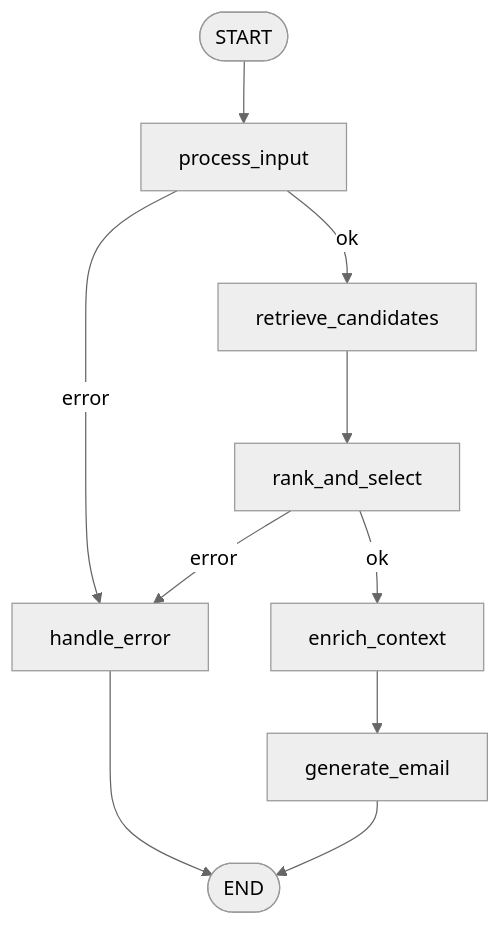
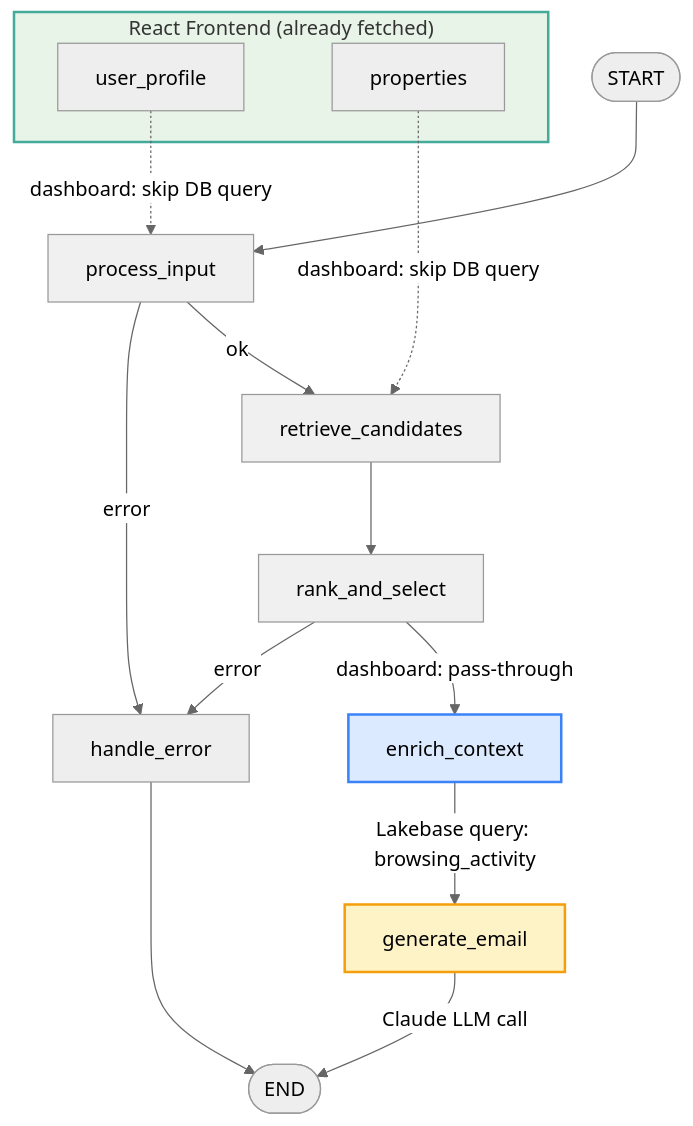
Before and after one commit to birbalin25/xome_first: the diagram in CLAUDE.md, drawn with Mermaid (neutral theme).

Commit message:
Update mermaid diagram to show frontend data reuse in dashboard path
The diagram now shows that process_input and retrieve_candidates use
user_profile and properties already fetched by the React frontend,
skipping redundant DB queries. Only enrich_context (Lakebase) and
generate_email (LLM) perform actual external calls.

````diff
--- a/CLAUDE.md
+++ b/CLAUDE.md
@@ -48,12 +48,28 @@
 ```mermaid
 graph TD
+    subgraph Frontend["React Frontend (already fetched)"]
+        FE_PROFILE["user_profile"]
+        FE_PROPS["properties"]
+    end
+
     START([START]) --> process_input
+    FE_PROFILE -.->|"dashboard: skip DB query"| process_input
     process_input -->|error| handle_error
     process_input -->|ok| retrieve_candidates
+
+    FE_PROPS -.->|"dashboard: skip DB query"| retrieve_candidates
     retrieve_candidates --> rank_and_select
     rank_and_select -->|error| handle_error
-    rank_and_select -->|ok| enrich_context
-    enrich_context --> generate_email
-    generate_email --> END_NODE([END])
+    rank_and_select -->|"dashboard: pass-through"| enrich_context
+
+    enrich_context -->|"Lakebase query: browsing_activity"| generate_email
+    generate_email -->|"Claude LLM call"| END_NODE([END])
     handle_error --> END_NODE
+
+    style Frontend fill:#e8f4e8,stroke:#4a9,stroke-width:2px
+    style process_input fill:#f0f0f0,stroke:#999
+    style retrieve_candidates fill:#f0f0f0,stroke:#999
+    style rank_and_select fill:#f0f0f0,stroke:#999
+    style enrich_context fill:#dbeafe,stroke:#3b82f6,stroke-width:2px
+    style generate_email fill:#fef3c7,stroke:#f59e0b,stroke-width:2px
 ```
````
